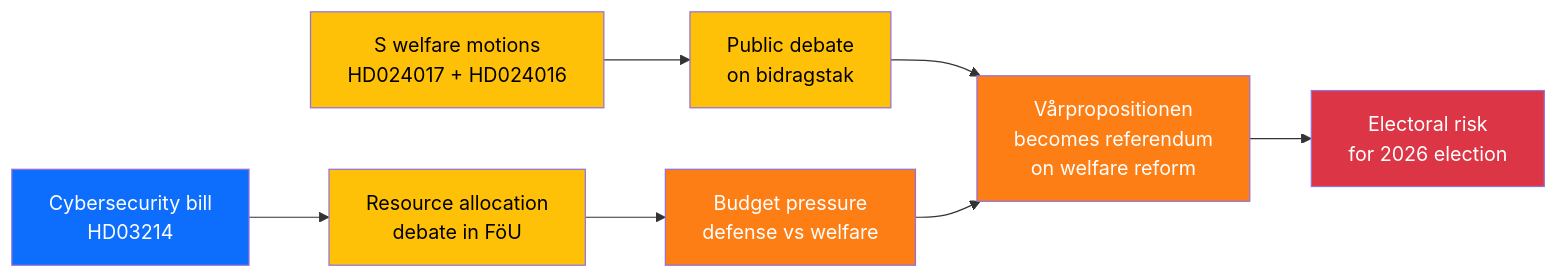
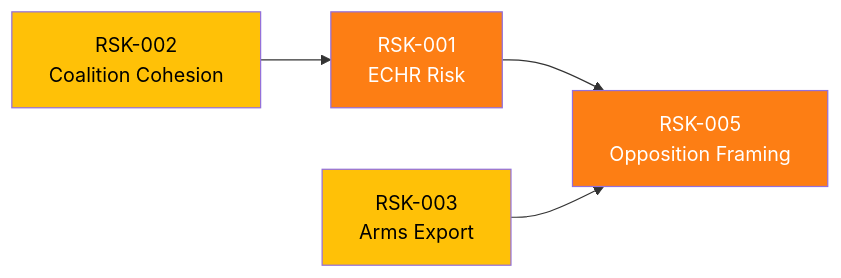
One commit to Hack23/riksdagsmonitor changed the second of 2 diagrams in analysis/daily/2026-04-01/risk-assessment.md. Above: the diagram before and after it, drawn with Mermaid. The commit also changed other lines of this file and 74 other files, not shown here.

````diff
--- a/analysis/daily/2026-04-01/risk-assessment.md
+++ b/analysis/daily/2026-04-01/risk-assessment.md
@@ -56,18 +41,11 @@
 ```mermaid
 graph LR
-    A["S welfare motions<br/>HD024017 + HD024016"] --> B["Public debate<br/>on bidragstak"]
-    B --> C["Vårpropositionen<br/>becomes referendum<br/>on welfare reform"]
-    C --> D["Electoral risk<br/>for 2026 election"]
+    RSK1["RSK-001<br/>ECHR Risk"] --> RSK5["RSK-005<br/>Opposition Framing"]
+    RSK2["RSK-002<br/>Coalition Cohesion"] --> RSK1
+    RSK3["RSK-003<br/>Arms Export"] --> RSK5
     
-    E["Cybersecurity bill<br/>HD03214"] --> F["Resource allocation<br/>debate in FöU"]
-    F --> G["Budget pressure<br/>defense vs welfare"]
-    G --> C
-
-    style A fill:#ffc107,color:#000
-    style B fill:#ffc107,color:#000
-    style C fill:#fd7e14,color:#fff
-    style D fill:#dc3545,color:#fff
-    style E fill:#0d6efd,color:#fff
-    style F fill:#ffc107,color:#000
-    style G fill:#fd7e14,color:#fff
+    style RSK1 fill:#fd7e14,color:#fff
+    style RSK2 fill:#ffc107,color:#000
+    style RSK3 fill:#ffc107,color:#000
+    style RSK5 fill:#fd7e14,color:#fff
 ```
````
